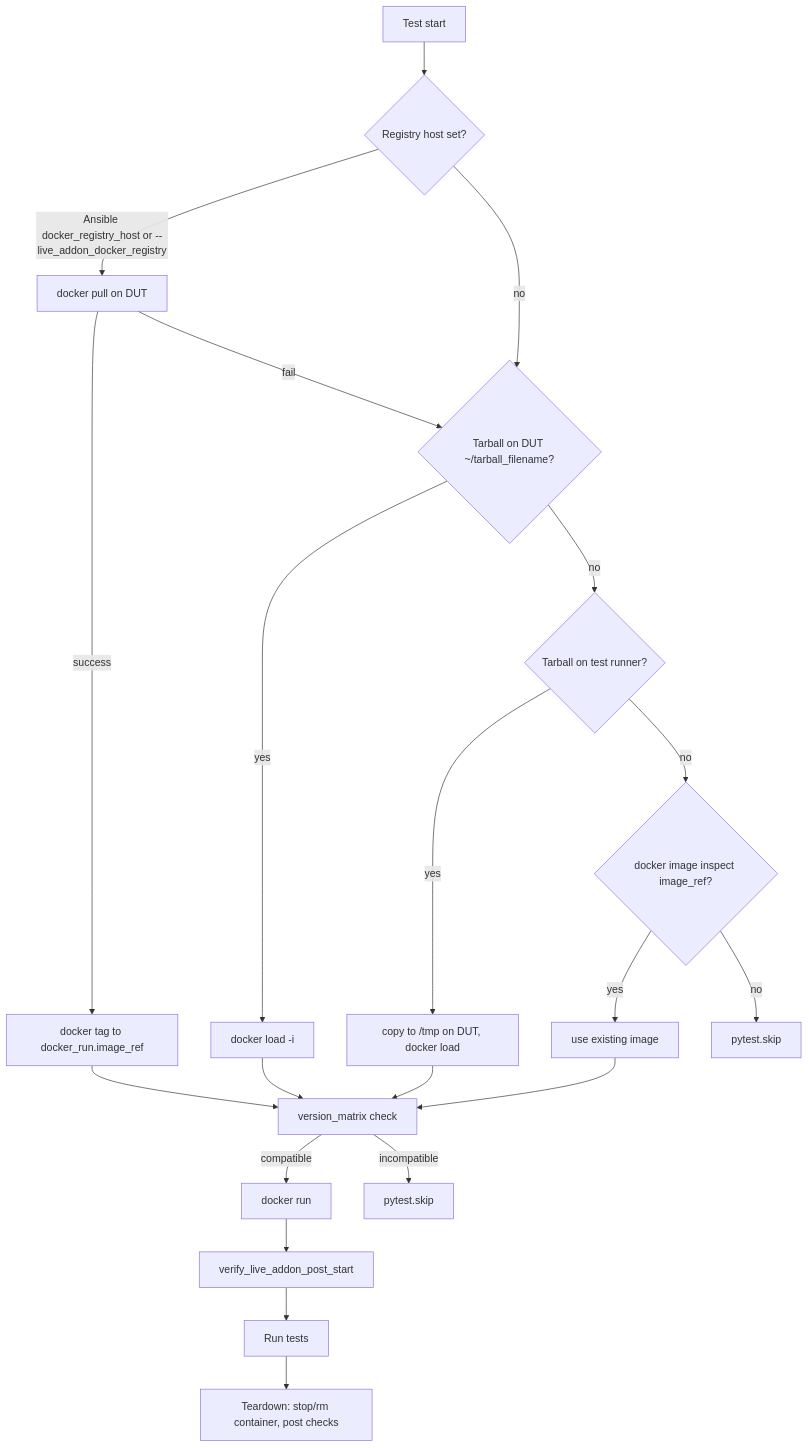
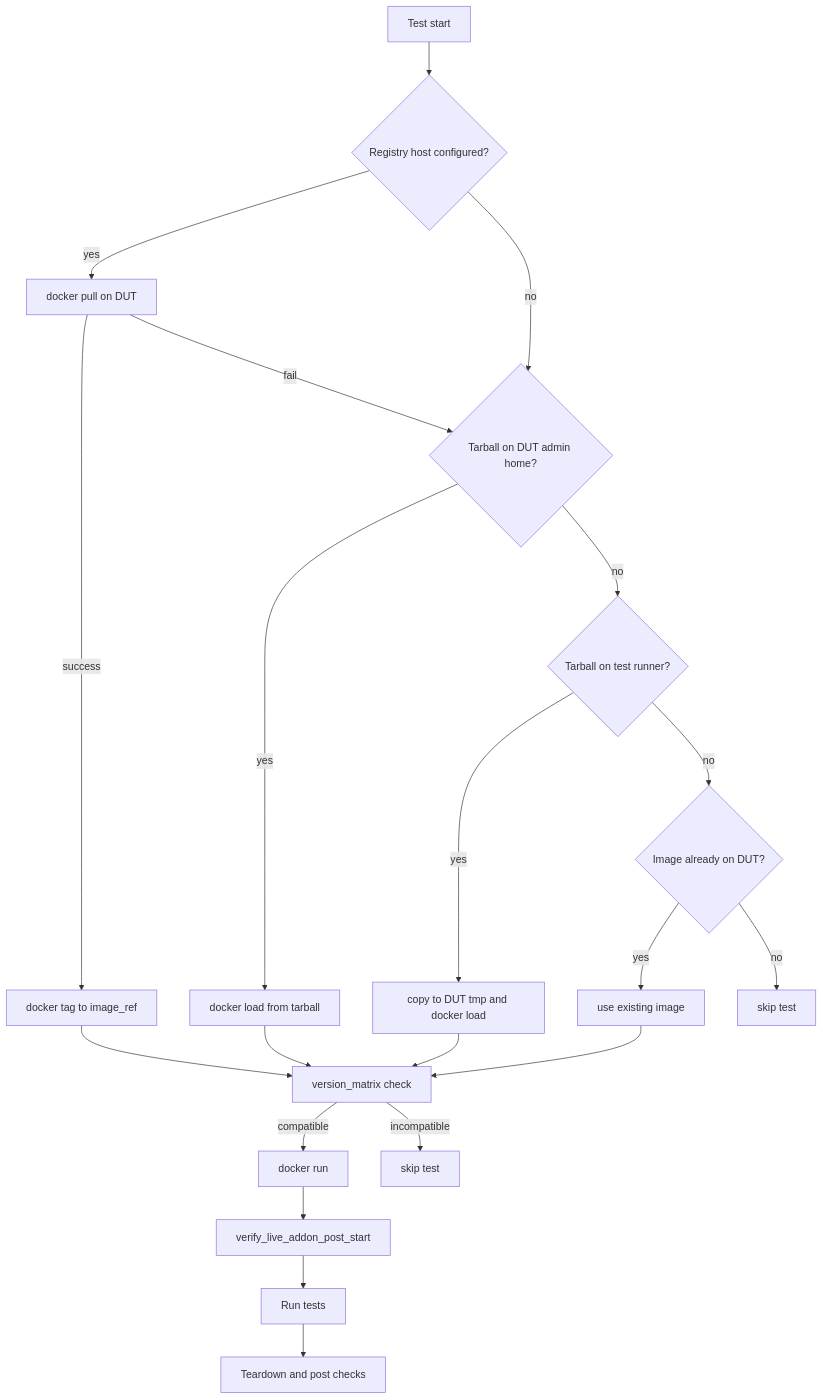
One commit to sonic-net/sonic-mgmt changed the diagram in doc/live_addon_docker/live_addon_docker_hld.md. Above: the diagram before and after it, drawn with Mermaid. The commit also changed other lines of this file, not shown here.

````diff
--- a/doc/live_addon_docker/live_addon_docker_hld.md
+++ b/doc/live_addon_docker/live_addon_docker_hld.md
@@ -91,23 +91,23 @@
 ```mermaid
 flowchart TD
-    A[Test start] --> B{Registry host set?}
-    B -->|Ansible docker_registry_host or --live_addon_docker_registry| C[docker pull on DUT]
-    C -->|success| D[docker tag to docker_run.image_ref]
-    C -->|fail| E{Tarball on DUT ~/tarball_filename?}
+    A[Test start] --> B{Registry host configured?}
+    B -->|yes| C[docker pull on DUT]
+    C -->|success| D[docker tag to image_ref]
+    C -->|fail| E{Tarball on DUT admin home?}
     B -->|no| E
-    E -->|yes| F[docker load -i]
+    E -->|yes| F[docker load from tarball]
     E -->|no| G{Tarball on test runner?}
-    G -->|yes| H[copy to /tmp on DUT, docker load]
-    G -->|no| I{docker image inspect image_ref?}
+    G -->|yes| H[copy to DUT tmp and docker load]
+    G -->|no| I{Image already on DUT?}
     I -->|yes| J[use existing image]
-    I -->|no| K[pytest.skip]
+    I -->|no| K[skip test]
     D --> L[version_matrix check]
     F --> L
     H --> L
     J --> L
     L -->|compatible| M[docker run]
-    L -->|incompatible| N[pytest.skip]
+    L -->|incompatible| N[skip test]
     M --> O[verify_live_addon_post_start]
     O --> P[Run tests]
-    P --> Q[Teardown: stop/rm container, post checks]
+    P --> Q[Teardown and post checks]
 ```
````
